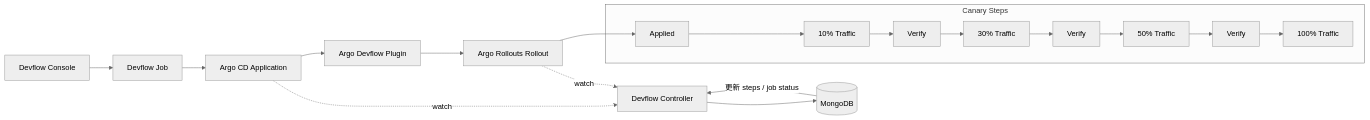
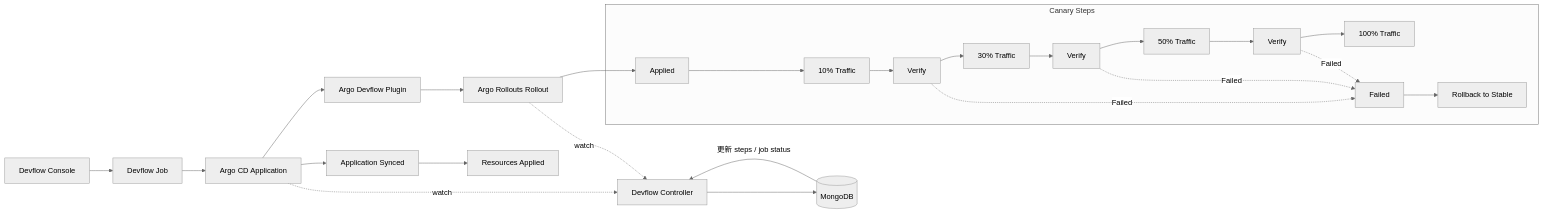
The diagram in content/docs/CD/canary.md (bsonger/devflow-document), drawn with Mermaid (neutral theme) before and after one commit. The commit also changed other lines of this file and 46 other files, not shown here.

````diff
--- a/content/docs/CD/canary.md
+++ b/content/docs/CD/canary.md
@@ -34,20 +39,27 @@
 ```mermaid
 flowchart LR
     A[Devflow Console] --> B[Devflow Job]
     B --> C[Argo CD Application]
     C --> D[Argo Devflow Plugin]
     D --> E[Argo Rollouts Rollout]
+
+    C --> CS[Application Synced]
+    CS --> R0[Resources Applied]
 
     C -. watch .-> F[Devflow Controller]
     E -. watch .-> F
     F --> M[(MongoDB)]
     M -->|更新 steps / job status| F
 
     E --> S0
     subgraph Canary Steps
         S0[Applied] --> S1[10% Traffic] --> S2[Verify]
         S2 --> S3[30% Traffic] --> S4[Verify]
         S4 --> S5[50% Traffic] --> S6[Verify]
         S6 --> S7[100% Traffic]
+        S2 -. Failed .-> SF[Failed]
+        S4 -. Failed .-> SF
+        S6 -. Failed .-> SF
+        SF --> RB[Rollback to Stable]
     end
 ```
````
